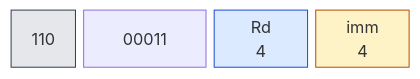
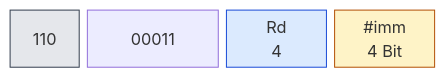
One commit to olfp/Deep16 changed the eighth of 32 diagrams in book/kap03.md. Above: the diagram before and after it, drawn with Mermaid. The commit also changed other lines of this file and 1 other file, not shown here.

Commit message:
book(kap03): Diagrammbeschriftungen (# für Immediate, Bitbreiten) vereinheitlicht

````diff
--- a/book/kap03.md
+++ b/book/kap03.md
@@ -317,17 +317,17 @@
 ```mermaid
 block-beta
   columns 31
   classDef op fill:#e5e7eb,stroke:#374151
   classDef reg fill:#dbeafe,stroke:#1d4ed8
   classDef imm fill:#fef3c7,stroke:#b45309
   classDef off fill:#dcfce7,stroke:#15803d
   classDef seg fill:#ede9fe,stroke:#6d28d9
   classDef all fill:#fee2e2,stroke:#b91c1c
   b0["110"]:5
   b1["00011"]:9
   b2["Rd<br/>4"]:7
-  b3["imm<br/>4"]:7
+  b3["#imm<br/>4 Bit"]:7
   class b0 b1 op
   class b2 reg
   class b3 imm
 ```
````
